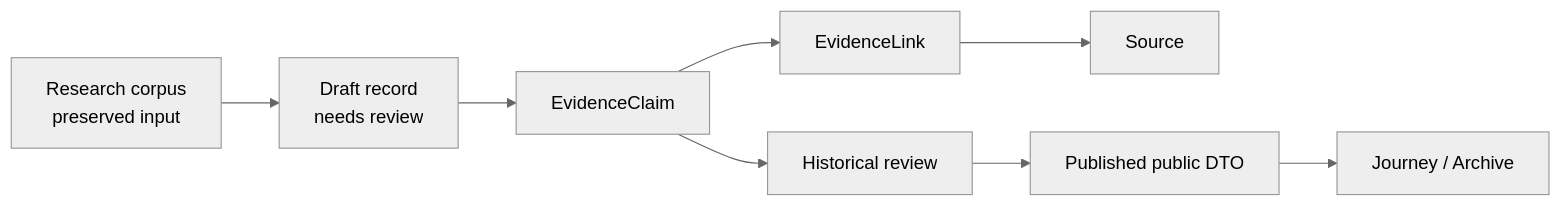
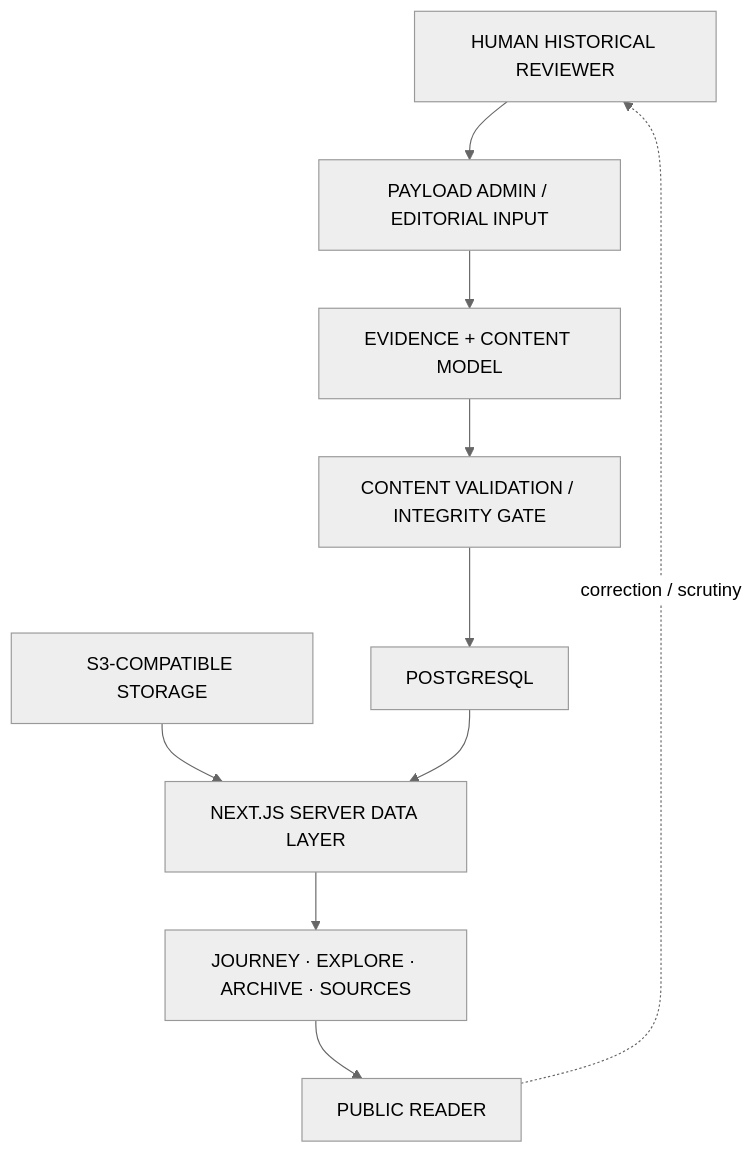
Before and after one commit to drferdi/Kediri-Kings-Century: the first of 4 diagrams in README.md, drawn with Mermaid (neutral theme). The commit also changed other lines of this file, not shown here.

```diff
--- a/README.md
+++ b/README.md
@@ -159,15 +168,22 @@
 ~~~mermaid
-flowchart LR
-  CORPUS["Research corpus<br/>preserved input"]
-  DRAFT["Draft record<br/>needs review"]
-  CLAIM["EvidenceClaim"]
-  LINK["EvidenceLink"]
-  SOURCE["Source"]
-  REVIEW["Historical review"]
-  PUBLIC["Published public DTO"]
-  SCENE["Journey / Archive"]
+flowchart TB
+  REVIEWER["HUMAN HISTORICAL REVIEWER"]
+  CMS["PAYLOAD ADMIN / EDITORIAL INPUT"]
+  MODEL["EVIDENCE + CONTENT MODEL"]
+  DB["POSTGRESQL"]
+  MEDIA["S3-COMPATIBLE STORAGE"]
+  GATE["CONTENT VALIDATION / INTEGRITY GATE"]
+  SERVER["NEXT.JS SERVER DATA LAYER"]
+  PUBLIC["JOURNEY · EXPLORE · ARCHIVE · SOURCES"]
+  READER["PUBLIC READER"]
 
-  CORPUS --> DRAFT --> CLAIM
-  CLAIM --> LINK --> SOURCE
-  CLAIM --> REVIEW --> PUBLIC --> SCENE
+  REVIEWER --> CMS
+  CMS --> MODEL
+  MODEL --> GATE
+  GATE --> DB
+  MEDIA --> SERVER
+  DB --> SERVER
+  SERVER --> PUBLIC
+  PUBLIC --> READER
+  READER -. correction / scrutiny .-> REVIEWER
 ~~~
```
